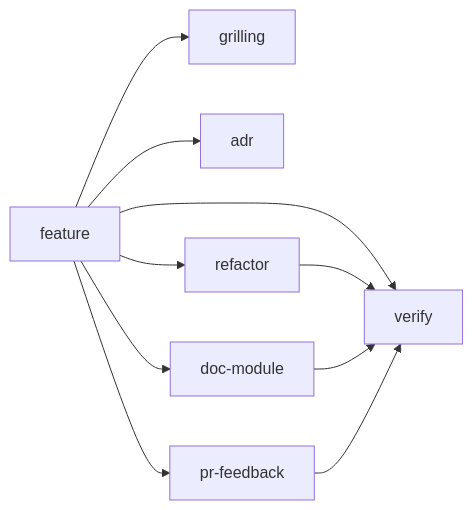
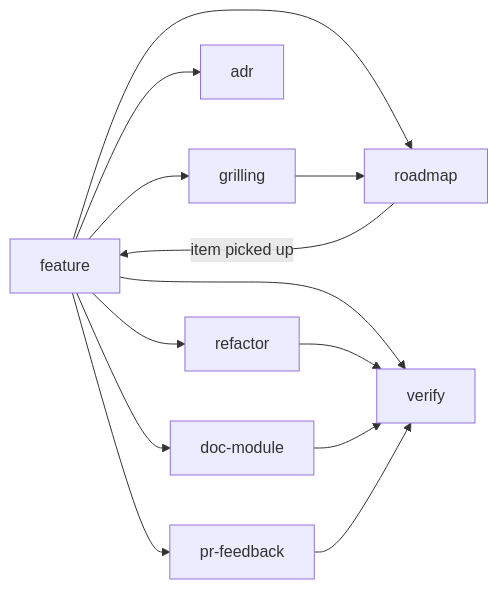
One commit to SMB-M87/Kinetra changed the diagram in .agents/skills/README.md. Above: the diagram before and after it, drawn with Mermaid. The commit also changed other lines of this file and 11 other files, not shown here.

First line of the commit message:
docs(roadmap): add a backlog and a roadmap skill

````diff
--- a/.agents/skills/README.md
+++ b/.agents/skills/README.md
@@ -32,12 +33,15 @@
 ```mermaid
 flowchart LR
     F[feature] --> G[grilling]
     F --> A[adr]
     F --> R[refactor]
     F --> V[verify]
     F --> D[doc-module]
     R --> V
     D --> V
     F --> P[pr-feedback]
     P --> V
+    F --> RM[roadmap]
+    G --> RM
+    RM -->|item picked up| F
 ```
````
